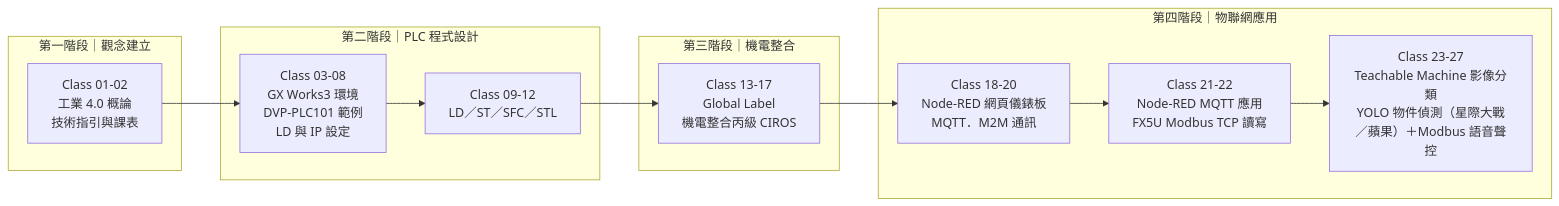
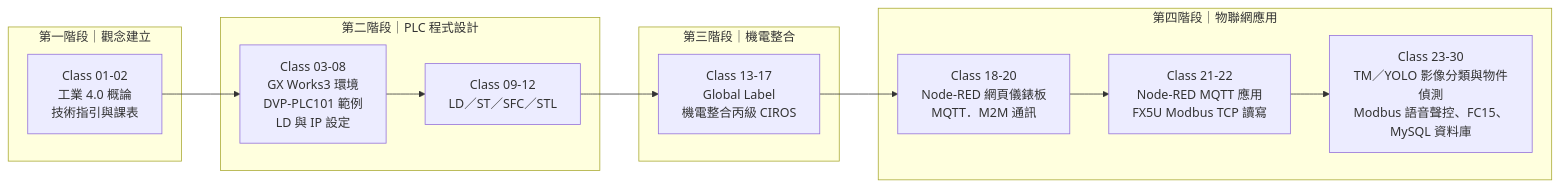
The first of 6 diagrams in README.md (yd7148/INDUSTRY-4.0), drawn with Mermaid before and after one commit. The commit also changed other lines of this file and 2 other files, not shown here.

Commit message:
Sync docs for Class-29/30 (30 classes, 31 videos, timeline and MySQL SVG)

````diff
--- a/README.md
+++ b/README.md
@@ -22,19 +22,19 @@
 ```mermaid
 flowchart LR
     subgraph P1["第一階段｜觀念建立"]
         A1["Class 01-02<br/>工業 4.0 概論<br/>技術指引與課表"]
     end
     subgraph P2["第二階段｜PLC 程式設計"]
         B1["Class 03-08<br/>GX Works3 環境<br/>DVP-PLC101 範例<br/>LD 與 IP 設定"]
         B2["Class 09-12<br/>LD／ST／SFC／STL"]
     end
     subgraph P3["第三階段｜機電整合"]
         C1["Class 13-17<br/>Global Label<br/>機電整合丙級 CIROS"]
     end
     subgraph P4["第四階段｜物聯網應用"]
         D1["Class 18-20<br/>Node-RED 網頁儀錶板<br/>MQTT．M2M 通訊"]
         D2["Class 21-22<br/>Node-RED MQTT 應用<br/>FX5U Modbus TCP 讀寫"]
-        D3["Class 23-27<br/>Teachable Machine 影像分類<br/>YOLO 物件偵測（星際大戰／蘋果）＋Modbus 語音聲控"]
+        D3["Class 23-30<br/>TM／YOLO 影像分類與物件偵測<br/>Modbus 語音聲控、FC15、MySQL 資料庫"]
     end
     A1 --> B1 --> B2 --> C1 --> D1 --> D2 --> D3
 ```
````
